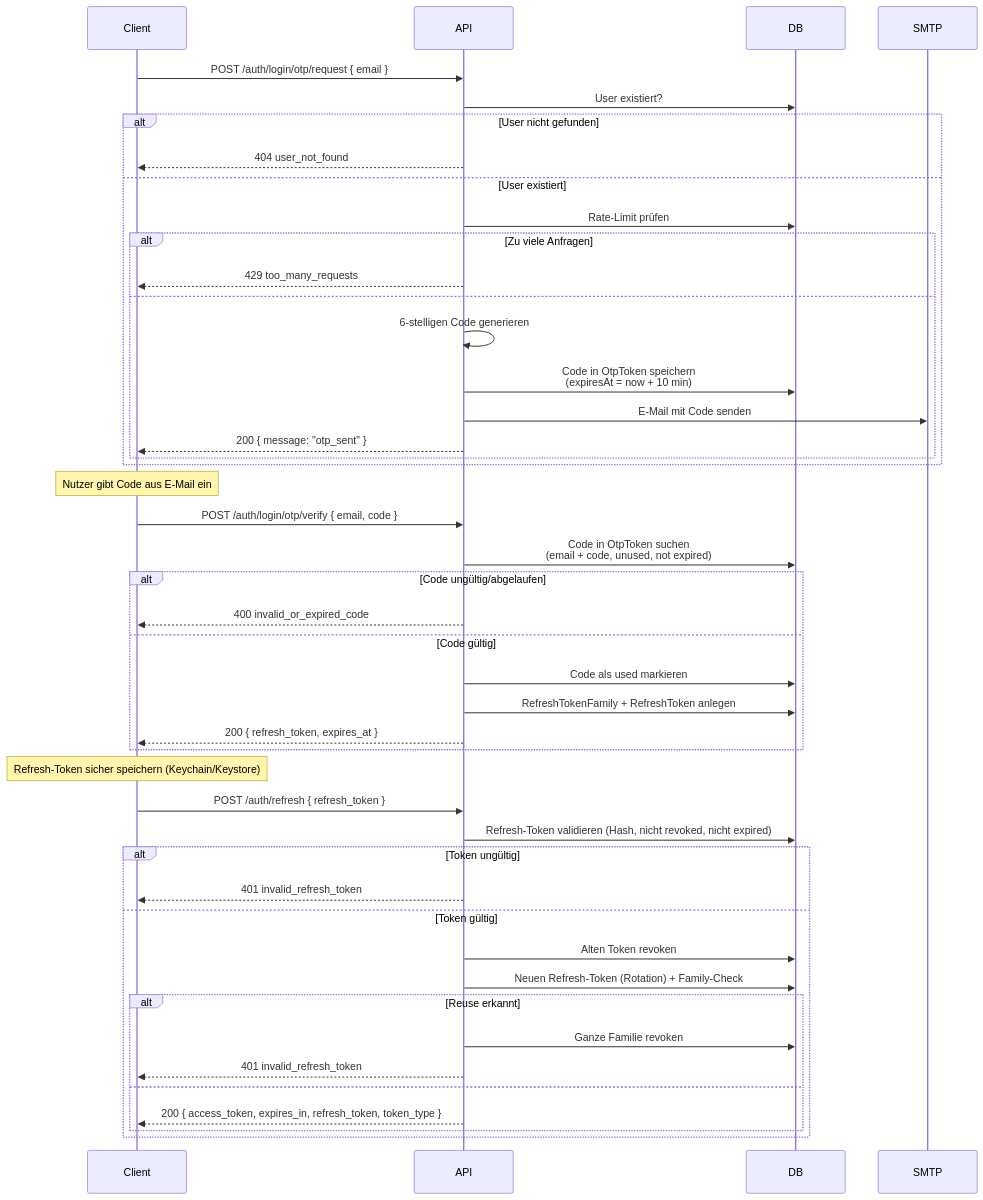
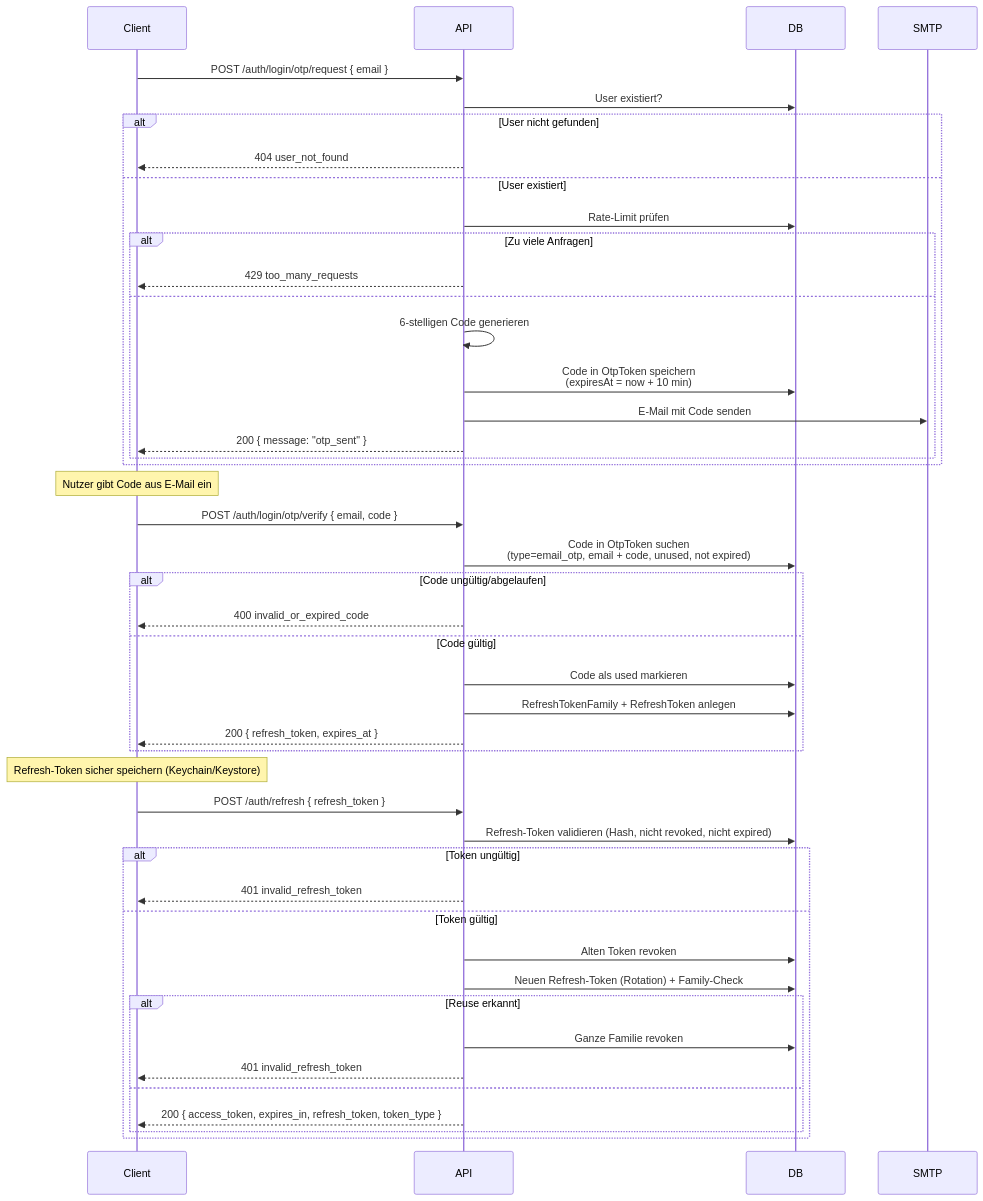
One commit to RntMarc/SinclearAPI changed the first of 3 diagrams in docs/auth/login.md. Above: the diagram before and after it, drawn with Mermaid. The commit also changed other lines of this file and 10 other files, not shown here.

````diff
--- a/docs/auth/login.md
+++ b/docs/auth/login.md
@@ -23,52 +23,52 @@
 ```mermaid
 sequenceDiagram
     participant Client
     participant API
     participant DB
     participant SMTP
 
     Client->>API: POST /auth/login/otp/request { email }
     API->>DB: User existiert?
     alt User nicht gefunden
         API-->>Client: 404 user_not_found
     else User existiert
         API->>DB: Rate-Limit prüfen
         alt Zu viele Anfragen
             API-->>Client: 429 too_many_requests
         else
             API->>API: 6-stelligen Code generieren
             API->>DB: Code in OtpToken speichern<br/>(expiresAt = now + 10 min)
             API->>SMTP: E-Mail mit Code senden
             API-->>Client: 200 { message: "otp_sent" }
         end
     end
 
     Note over Client: Nutzer gibt Code aus E-Mail ein
 
     Client->>API: POST /auth/login/otp/verify { email, code }
-    API->>DB: Code in OtpToken suchen<br/>(email + code, unused, not expired)
+    API->>DB: Code in OtpToken suchen<br/>(type=email_otp, email + code, unused, not expired)
     alt Code ungültig/abgelaufen
         API-->>Client: 400 invalid_or_expired_code
     else Code gültig
         API->>DB: Code als used markieren
         API->>DB: RefreshTokenFamily + RefreshToken anlegen
         API-->>Client: 200 { refresh_token, expires_at }
     end
 
     Note over Client: Refresh-Token sicher speichern (Keychain/Keystore)
 
     Client->>API: POST /auth/refresh { refresh_token }
     API->>DB: Refresh-Token validieren (Hash, nicht revoked, nicht expired)
     alt Token ungültig
         API-->>Client: 401 invalid_refresh_token
     else Token gültig
         API->>DB: Alten Token revoken
         API->>DB: Neuen Refresh-Token (Rotation) + Family-Check
         alt Reuse erkannt
             API->>DB: Ganze Familie revoken
             API-->>Client: 401 invalid_refresh_token
         else
             API-->>Client: 200 { access_token, expires_in, refresh_token, token_type }
         end
     end
 ```
````
